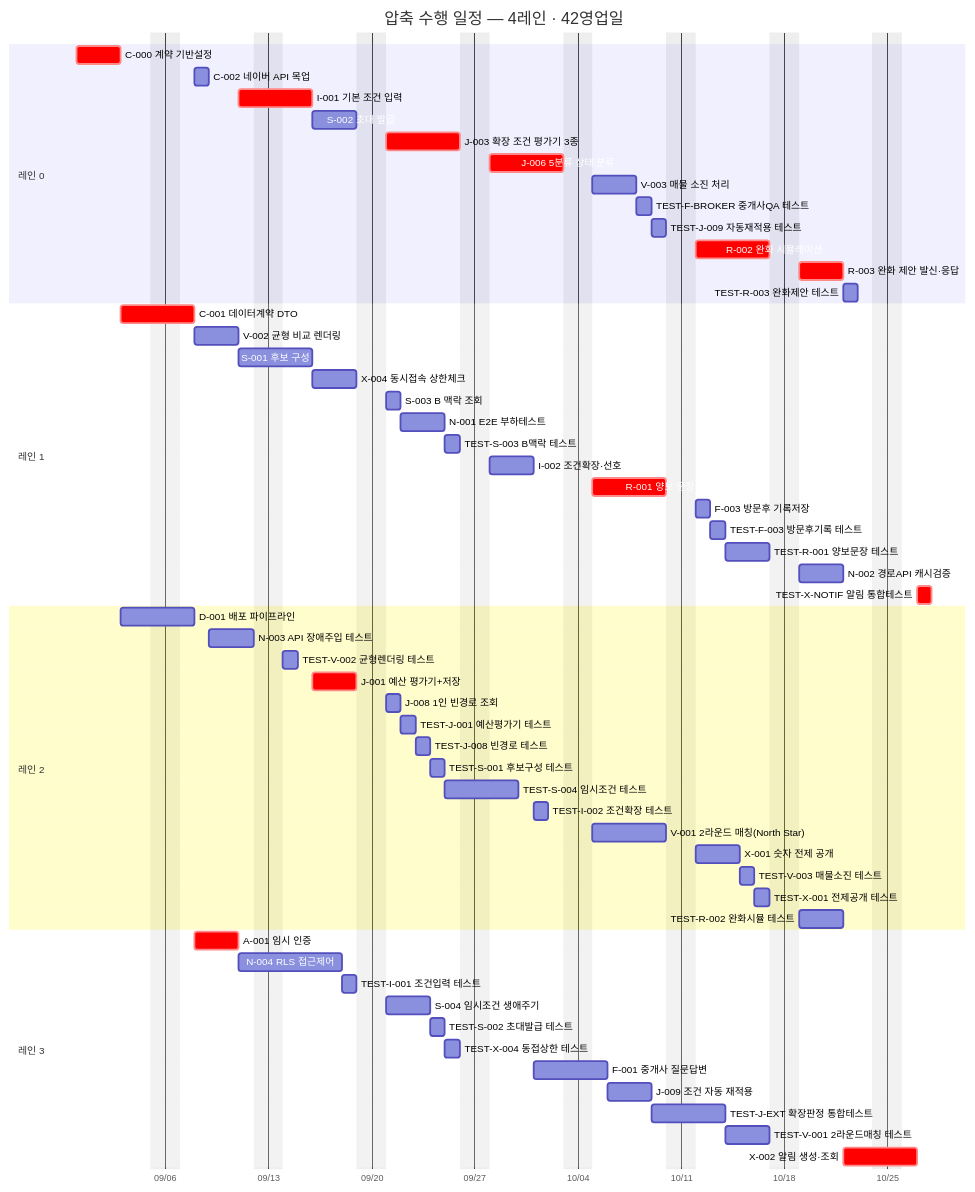
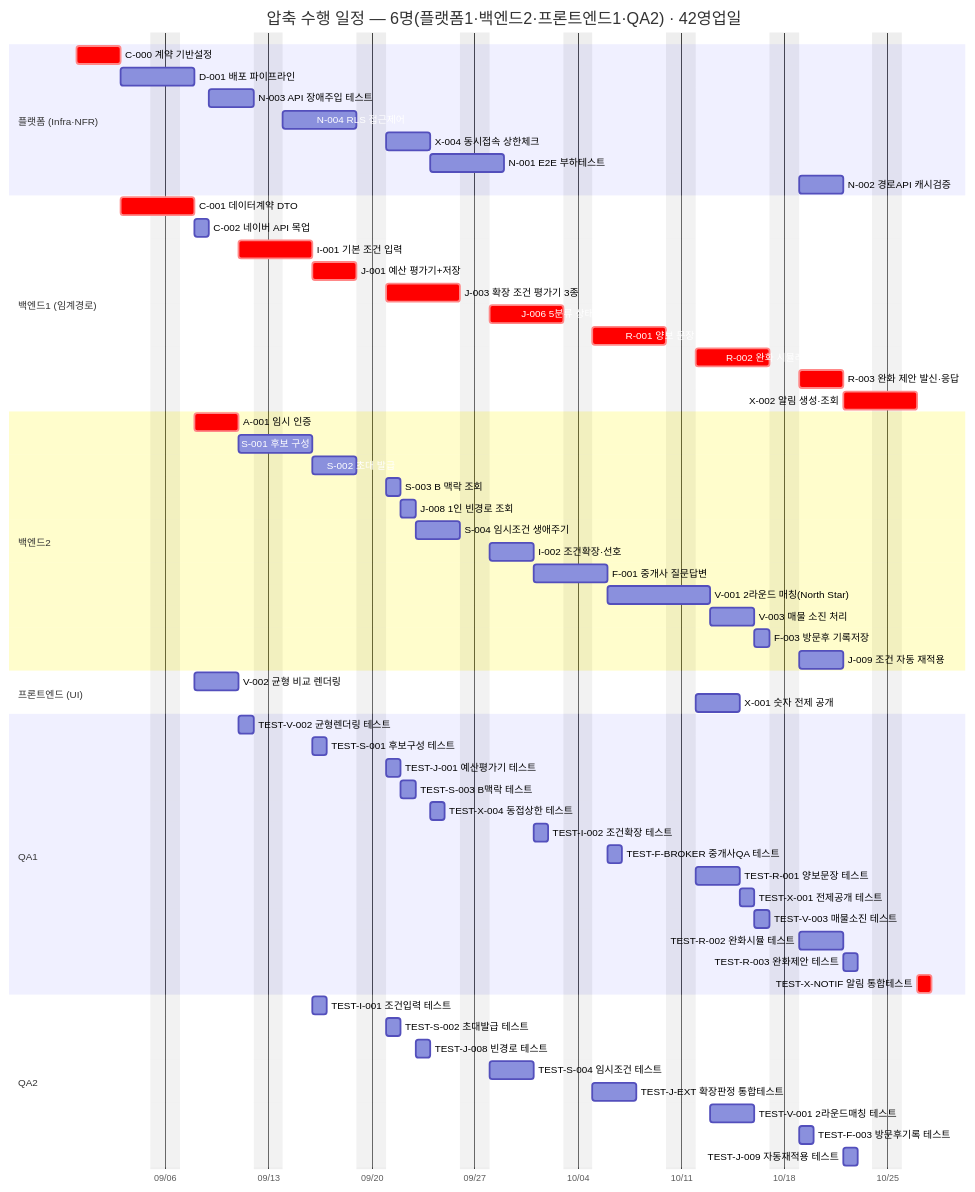
Before and after one commit to soobworks/SRS_project: the second of 2 diagrams in SRS_project/tasks/v2/[총괄] 압축 수행 일정.md, drawn with Mermaid. The commit also changed other lines of this file and 1 other file, not shown here.

````diff
--- a/SRS_project/tasks/v2/[총괄] 압축 수행 일정.md
+++ b/SRS_project/tasks/v2/[총괄] 압축 수행 일정.md
@@ -76,67 +77,71 @@
 ```mermaid
 gantt
-    title 압축 수행 일정 — 4레인 · 42영업일
+    title 압축 수행 일정 — 6명(플랫폼1·백엔드2·프론트엔드1·QA2) · 42영업일
     dateFormat YYYY-MM-DD
     axisFormat %m/%d
     excludes weekends
 
-    section 레인 0
+    section 플랫폼 (Infra·NFR)
     C-000 계약 기반설정        :crit, 2026-08-31, 3d
+    D-001 배포 파이프라인      :2026-09-03, 3d
+    N-003 API 장애주입 테스트  :2026-09-09, 3d
+    N-004 RLS 접근제어         :2026-09-14, 5d
+    X-004 동시접속 상한체크    :2026-09-21, 3d
+    N-001 E2E 부하테스트       :2026-09-24, 3d
+    N-002 경로API 캐시검증     :2026-10-19, 3d
+
+    section 백엔드1 (임계경로)
+    C-001 데이터계약 DTO       :crit, 2026-09-03, 3d
     C-002 네이버 API 목업      :2026-09-08, 1d
     I-001 기본 조건 입력        :crit, 2026-09-11, 3d
-    S-002 초대 발급            :2026-09-16, 3d
+    J-001 예산 평가기+저장      :crit, 2026-09-16, 3d
     J-003 확장 조건 평가기 3종  :crit, 2026-09-21, 5d
     J-006 5분류 상태 분류       :crit, 2026-09-28, 5d
-    V-003 매물 소진 처리        :2026-10-05, 3d
-    TEST-F-BROKER 중개사QA 테스트 :2026-10-08, 1d
-    TEST-J-009 자동재적용 테스트 :2026-10-09, 1d
+    R-001 양보 문장 생성        :crit, 2026-10-05, 5d
     R-002 완화 시뮬레이션       :crit, 2026-10-12, 5d
     R-003 완화 제안 발신·응답   :crit, 2026-10-19, 3d
-    TEST-R-003 완화제안 테스트  :2026-10-22, 1d
+    X-002 알림 생성·조회        :crit, 2026-10-22, 3d
 
-    section 레인 1
-    C-001 데이터계약 DTO       :crit, 2026-09-03, 3d
+    section 백엔드2
+    A-001 임시 인증             :crit, 2026-09-08, 3d
+    S-001 후보 구성            :2026-09-11, 3d
+    S-002 초대 발급            :2026-09-16, 3d
+    S-003 B 맥락 조회          :2026-09-21, 1d
+    J-008 1인 빈경로 조회      :2026-09-22, 1d
+    S-004 임시조건 생애주기    :2026-09-23, 3d
+    I-002 조건확장·선호        :2026-09-28, 3d
+    F-001 중개사 질문답변      :2026-10-01, 3d
+    V-001 2라운드 매칭(North Star) :2026-10-06, 5d
+    V-003 매물 소진 처리       :2026-10-13, 3d
+    F-003 방문후 기록저장      :2026-10-16, 1d
+    J-009 조건 자동 재적용     :2026-10-19, 3d
+
+    section 프론트엔드 (UI)
     V-002 균형 비교 렌더링     :2026-09-08, 3d
-    S-001 후보 구성            :2026-09-11, 3d
-    X-004 동시접속 상한체크    :2026-09-16, 3d
-    S-003 B 맥락 조회          :2026-09-21, 1d
-    N-001 E2E 부하테스트       :2026-09-22, 3d
-    TEST-S-003 B맥락 테스트    :2026-09-25, 1d
-    I-002 조건확장·선호        :2026-09-28, 3d
-    R-001 양보 문장 생성        :crit, 2026-10-05, 5d
-    F-003 방문후 기록저장      :2026-10-12, 1d
-    TEST-F-003 방문후기록 테스트 :2026-10-13, 1d
-    TEST-R-001 양보문장 테스트 :2026-10-14, 3d
-    N-002 경로API 캐시검증     :2026-10-19, 3d
+    X-001 숫자 전제 공개       :2026-10-12, 3d
+
+    section QA1
+    TEST-V-002 균형렌더링 테스트 :2026-09-11, 1d
+    TEST-S-001 후보구성 테스트 :2026-09-16, 1d
+    TEST-J-001 예산평가기 테스트 :2026-09-21, 1d
+    TEST-S-003 B맥락 테스트     :2026-09-22, 1d
+    TEST-X-004 동접상한 테스트 :2026-09-24, 1d
+    TEST-I-002 조건확장 테스트 :2026-10-01, 1d
+    TEST-F-BROKER 중개사QA 테스트 :2026-10-06, 1d
+    TEST-R-001 양보문장 테스트 :2026-10-12, 3d
+    TEST-X-001 전제공개 테스트  :2026-10-15, 1d
+    TEST-V-003 매물소진 테스트  :2026-10-16, 1d
+    TEST-R-002 완화시뮬 테스트 :2026-10-19, 3d
+    TEST-R-003 완화제안 테스트 :2026-10-22, 1d
     TEST-X-NOTIF 알림 통합테스트 :crit, 2026-10-27, 1d
 
-    section 레인 2
-    D-001 배포 파이프라인      :2026-09-03, 3d
-    N-003 API 장애주입 테스트  :2026-09-09, 3d
-    TEST-V-002 균형렌더링 테스트 :2026-09-14, 1d
-    J-001 예산 평가기+저장      :crit, 2026-09-16, 3d
-    J-008 1인 빈경로 조회      :2026-09-21, 1d
-    TEST-J-001 예산평가기 테스트 :2026-09-22, 1d
+    section QA2
+    TEST-I-001 조건입력 테스트 :2026-09-16, 1d
+    TEST-S-002 초대발급 테스트 :2026-09-21, 1d
     TEST-J-008 빈경로 테스트   :2026-09-23, 1d
-    TEST-S-001 후보구성 테스트 :2026-09-24, 1d
-    TEST-S-004 임시조건 테스트 :2026-09-25, 3d
-    TEST-I-002 조건확장 테스트 :2026-10-01, 1d
-    V-001 2라운드 매칭(North Star) :2026-10-05, 5d
-    X-001 숫자 전제 공개       :2026-10-12, 3d
-    TEST-V-003 매물소진 테스트 :2026-10-15, 1d
-    TEST-X-001 전제공개 테스트 :2026-10-16, 1d
-    TEST-R-002 완화시뮬 테스트 :2026-10-19, 3d
-
-    section 레인 3
-    A-001 임시 인증             :crit, 2026-09-08, 3d
-    N-004 RLS 접근제어         :2026-09-11, 5d
-    TEST-I-001 조건입력 테스트 :2026-09-18, 1d
-    S-004 임시조건 생애주기    :2026-09-21, 3d
-    TEST-S-002 초대발급 테스트 :2026-09-24, 1d
-    TEST-X-004 동접상한 테스트 :2026-09-25, 1d
-    F-001 중개사 질문답변      :2026-10-01, 3d
-    J-009 조건 자동 재적용     :2026-10-06, 3d
-    TEST-J-EXT 확장판정 통합테스트 :2026-10-09, 3d
-    TEST-V-001 2라운드매칭 테스트 :2026-10-14, 3d
-    X-002 알림 생성·조회        :crit, 2026-10-22, 3d
+    TEST-S-004 임시조건 테스트 :2026-09-28, 3d
+    TEST-J-EXT 확장판정 통합테스트 :2026-10-05, 3d
+    TEST-V-001 2라운드매칭 테스트 :2026-10-13, 3d
+    TEST-F-003 방문후기록 테스트 :2026-10-19, 1d
+    TEST-J-009 자동재적용 테스트 :2026-10-22, 1d
 ```
````
